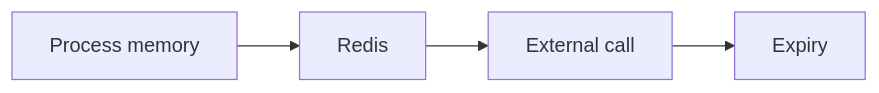
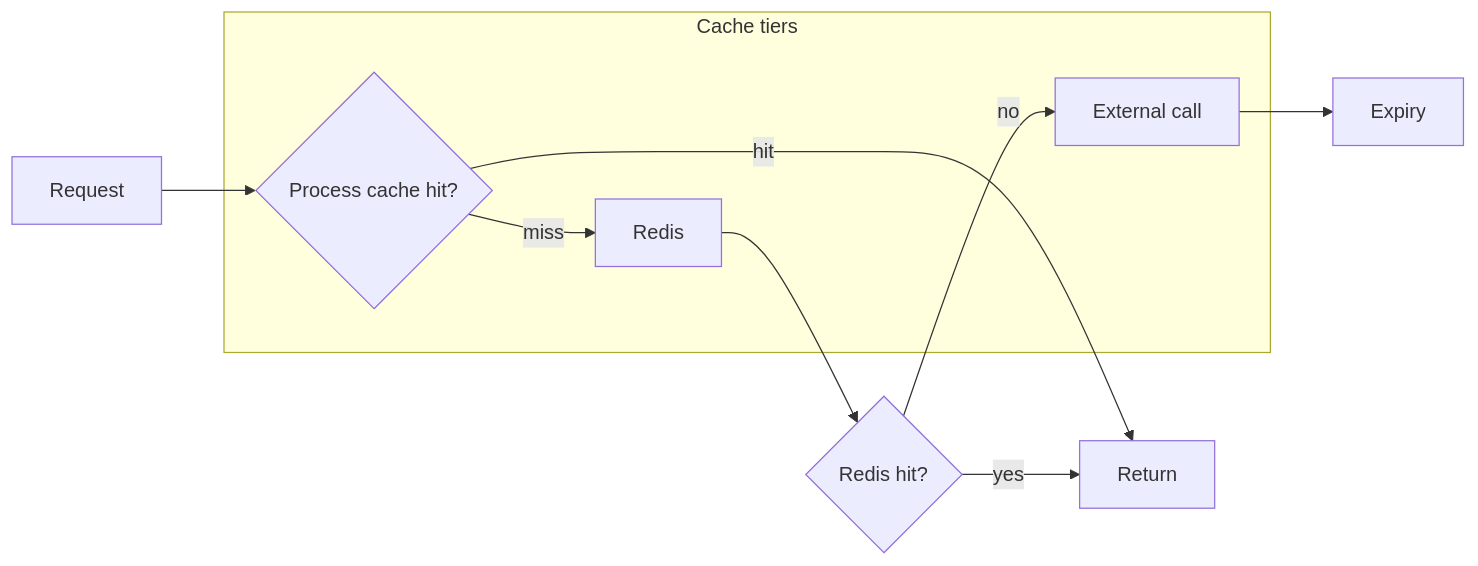
The diagram in src/shared/assets/diagrams/highload-backend.cache-levels.en.mmd (Vectorfield4/login-ai), drawn with Mermaid before and after one commit. The commit also changed 602 other files, not shown here.

Commit message:
diagrams: rework all 100 schemas (state/sequence/er + subgraph)

```diff
--- a/src/shared/assets/diagrams/highload-backend.cache-levels.en.mmd
+++ b/src/shared/assets/diagrams/highload-backend.cache-levels.en.mmd
@@ -1,8 +1,15 @@
 flowchart LR
-  a["Process memory"]
-  b["Redis"]
-  c["External call"]
-  d["Expiry"]
+  a["Request"]
+  subgraph Tiers["Cache tiers"]
+    b{"Process cache hit?"}
+    d["Redis"]
+    f["External call"]
+  end
+  c["Return"]
   a --> b
-  b --> c
-  c --> d
+  b -->|hit| c
+  b -->|miss| d
+  d --> e{"Redis hit?"}
+  e -->|yes| c
+  e -->|no| f
+  f --> g["Expiry"]
```
